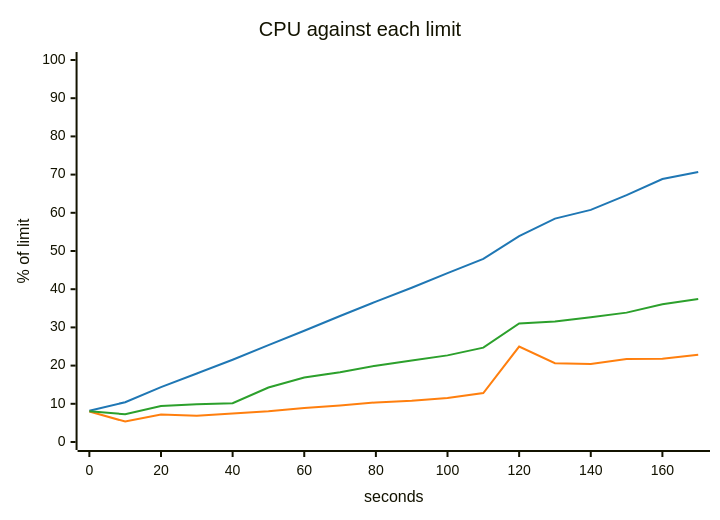
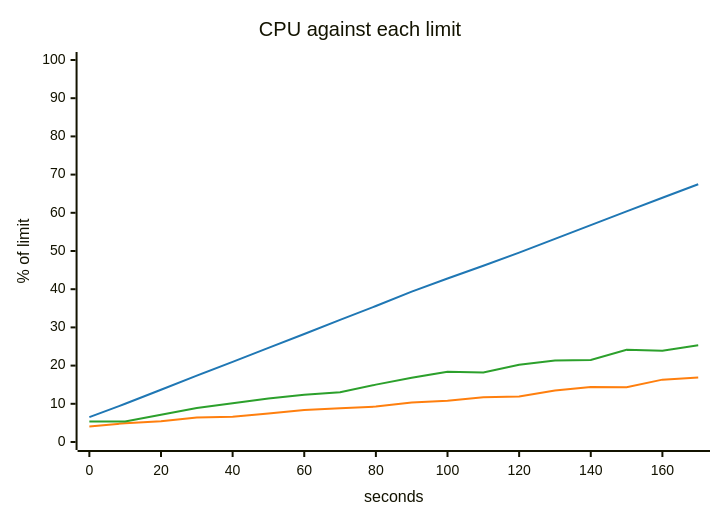
Before and after one commit to akinfemi/load-lore: the fifth of 5 diagrams in scenarios/statement-day/solutions/more-memory/report.md, drawn with Mermaid. The commit also changed other lines of this file and 71 other files, not shown here.

````diff
--- a/scenarios/statement-day/solutions/more-memory/report.md
+++ b/scenarios/statement-day/solutions/more-memory/report.md
@@ -95,16 +92,16 @@
 ```mermaid
 ---
 config:
   themeVariables:
     xyChart:
       backgroundColor: "transparent"
       plotColorPalette: "#1f77b4, #ff7f0e, #2ca02c"
 ---
 xychart-beta
     title "CPU against each limit"
     x-axis "seconds" 0 --> 170
     y-axis "% of limit" 0 --> 100
-    line [8.196, 10.421, 14.373, 17.935, 21.544, 25.366, 29.133, 32.973, 36.746, 40.388, 44.209, 47.94, 53.904, 58.475, 60.771, 64.634, 68.843, 70.702]
-    line [8.002, 5.345, 7.207, 6.892, 7.463, 8.069, 8.925, 9.556, 10.37, 10.78, 11.528, 12.808, 24.989, 20.63, 20.444, 21.704, 21.815, 22.827]
-    line [8.059, 7.257, 9.44, 9.863, 10.146, 14.277, 16.886, 18.279, 19.989, 21.362, 22.676, 24.696, 31.039, 31.553, 32.642, 33.87, 36.078, 37.41]
+    line [6.528, 10.002, 13.685, 17.375, 20.978, 24.642, 28.263, 31.953, 35.611, 39.358, 42.809, 46.129, 49.564, 53.182, 56.767, 60.367, 63.93, 67.46]
+    line [4.085, 4.929, 5.444, 6.436, 6.629, 7.475, 8.396, 8.848, 9.283, 10.365, 10.821, 11.685, 11.894, 13.474, 14.428, 14.338, 16.324, 16.906]
+    line [5.371, 5.342, 7.127, 8.899, 10.164, 11.416, 12.36, 13.041, 15.025, 16.825, 18.407, 18.183, 20.24, 21.354, 21.473, 24.139, 23.887, 25.34]
 ```
````
